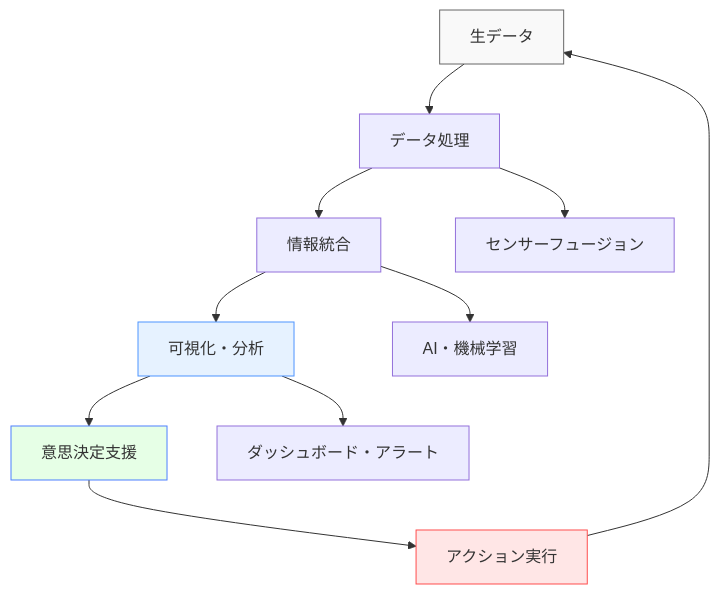
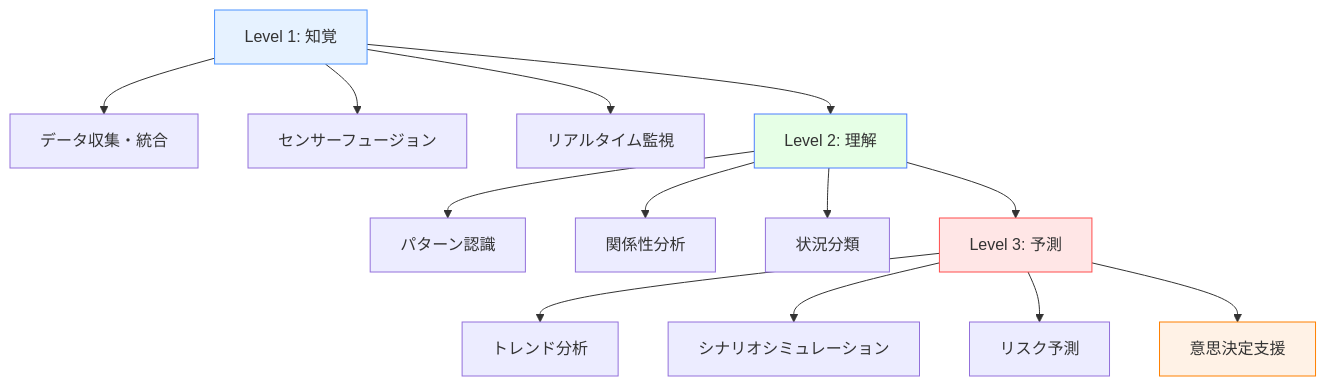
One commit to shuji-bonji/Situational-Awareness-and-Decision-Making changed the first of 4 diagrams in docs/software/index.md. Above: the diagram before and after it, drawn with Mermaid. The commit also changed other lines of this file and 2 other files, not shown here.

````diff
--- a/docs/software/index.md
+++ b/docs/software/index.md
@@ -15,18 +17,23 @@
 ```mermaid
 graph TD
-    A[生データ] --> B[データ処理]
-    B --> C[情報統合]
-    C --> D[可視化・分析]
-    D --> E[意思決定支援]
-    E --> F[アクション実行]
-    F --> A
+    A[Level 1: 知覚] --> A1[データ収集・統合]
+    A --> A2[センサーフュージョン]
+    A --> A3[リアルタイム監視]
     
-    B --> G[センサーフュージョン]
-    C --> H[AI・機械学習]
-    D --> I[ダッシュボード・アラート]
+    B[Level 2: 理解] --> B1[パターン認識]
+    B --> B2[関係性分析]
+    B --> B3[状況分類]
     
-    style A fill:#f9f9f9,stroke:#666
-    style D fill:#e6f2ff,stroke:#4d94ff
-    style E fill:#e6ffe6,stroke:#4d7fff
-    style F fill:#ffe6e6,stroke:#ff4d4d
+    C[Level 3: 予測] --> C1[トレンド分析]
+    C --> C2[シナリオシミュレーション]
+    C --> C3[リスク予測]
+    
+    A --> B
+    B --> C
+    C --> D[意思決定支援]
+    
+    style A fill:#e6f2ff,stroke:#4d94ff
+    style B fill:#e6ffe6,stroke:#4d7fff
+    style C fill:#ffe6e6,stroke:#ff4d4d
+    style D fill:#fff2e6,stroke:#ff8000
 ```
````
